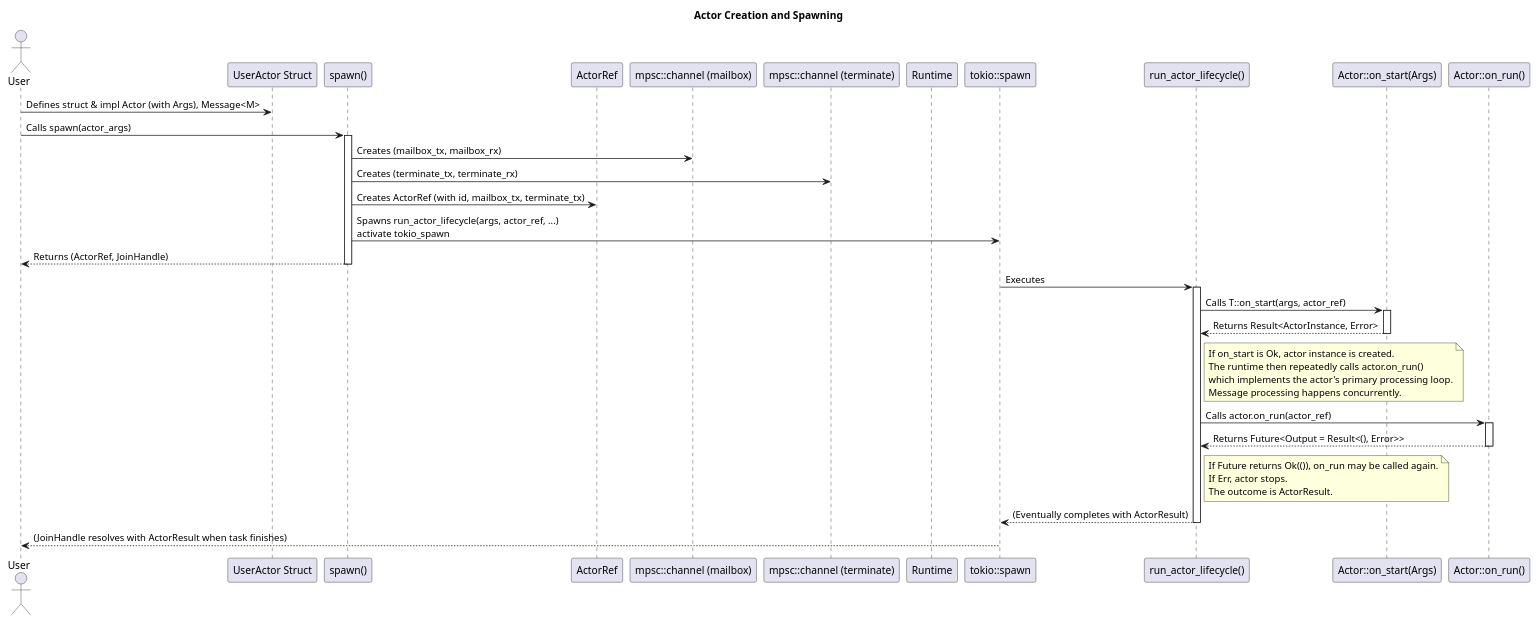
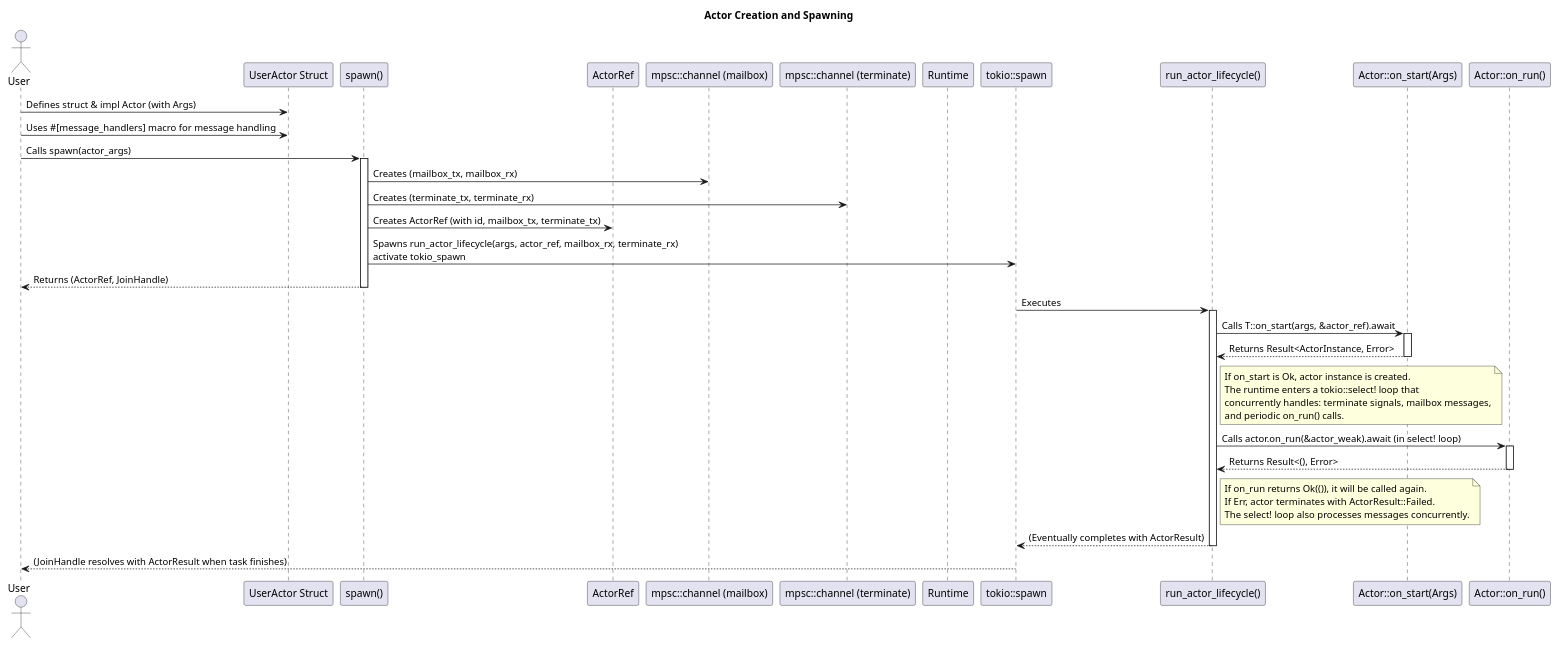
Before and after one commit to hiking90/rsactor: the diagram in docs/creation.puml, drawn with PlantUML. The commit also changed 30 other files, not shown here.

```diff
--- a/docs/creation.puml
+++ b/docs/creation.puml
@@ -1,55 +1,56 @@
 @startuml Actor Creation and Spawning
 title Actor Creation and Spawning
 
 actor User
 participant "UserActor Struct" as UserActor
 participant "spawn()" as spawn_func
 participant "ActorRef" as ActorRef_type
 participant "mpsc::channel (mailbox)" as MailboxChannel
 participant "mpsc::channel (terminate)" as TerminateChannel
 participant "Runtime" as Runtime_type
 participant "tokio::spawn" as tokio_spawn
 participant "run_actor_lifecycle()" as run_lifecycle
 participant "Actor::on_start(Args)" as on_start_method
 participant "Actor::on_run()" as on_run_method
 
-User -> UserActor: Defines struct & impl Actor (with Args), Message<M>
+User -> UserActor: Defines struct & impl Actor (with Args)
+User -> UserActor: Uses #[message_handlers] macro for message handling
 User -> spawn_func: Calls spawn(actor_args)
 activate spawn_func
 
 spawn_func -> MailboxChannel: Creates (mailbox_tx, mailbox_rx)
 spawn_func -> TerminateChannel: Creates (terminate_tx, terminate_rx)
 spawn_func -> ActorRef_type: Creates ActorRef (with id, mailbox_tx, terminate_tx)
-spawn_func -> tokio_spawn: Spawns run_actor_lifecycle(args, actor_ref, ...)\nactivate tokio_spawn
+spawn_func -> tokio_spawn: Spawns run_actor_lifecycle(args, actor_ref, mailbox_rx, terminate_rx)\nactivate tokio_spawn
 spawn_func --> User: Returns (ActorRef, JoinHandle)
 deactivate spawn_func
 
 tokio_spawn -> run_lifecycle: Executes
 activate run_lifecycle
-run_lifecycle -> on_start_method: Calls T::on_start(args, actor_ref)
+run_lifecycle -> on_start_method: Calls T::on_start(args, &actor_ref).await
 activate on_start_method
 on_start_method --> run_lifecycle: Returns Result<ActorInstance, Error>
 deactivate on_start_method
 
 note right of run_lifecycle
   If on_start is Ok, actor instance is created.
-  The runtime then repeatedly calls actor.on_run()
-  which implements the actor's primary processing loop.
-  Message processing happens concurrently.
+  The runtime enters a tokio::select! loop that
+  concurrently handles: terminate signals, mailbox messages,
+  and periodic on_run() calls.
 end note
-run_lifecycle -> on_run_method: Calls actor.on_run(actor_ref)
+run_lifecycle -> on_run_method: Calls actor.on_run(&actor_weak).await (in select! loop)
 activate on_run_method
-on_run_method --> run_lifecycle: Returns Future<Output = Result<(), Error>>
+on_run_method --> run_lifecycle: Returns Result<(), Error>
 deactivate on_run_method
 note right of run_lifecycle
-  If Future returns Ok(()), on_run may be called again.
-  If Err, actor stops.
-  The outcome is ActorResult.
+  If on_run returns Ok(()), it will be called again.
+  If Err, actor terminates with ActorResult::Failed.
+  The select! loop also processes messages concurrently.
 end note
 
 run_lifecycle --> tokio_spawn: (Eventually completes with ActorResult)
 deactivate run_lifecycle
 tokio_spawn --> User: (JoinHandle resolves with ActorResult when task finishes)
 deactivate tokio_spawn
 
 @enduml
```
